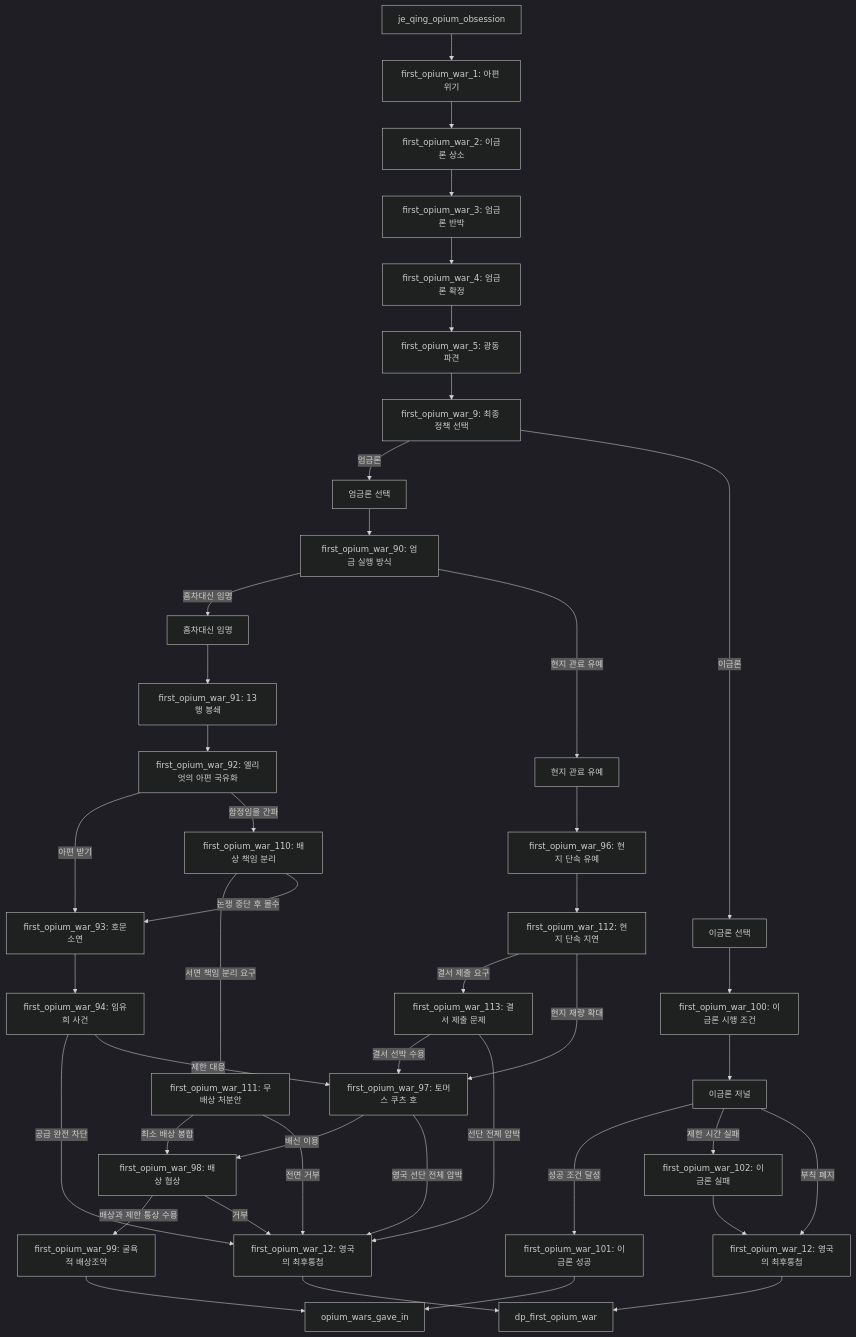
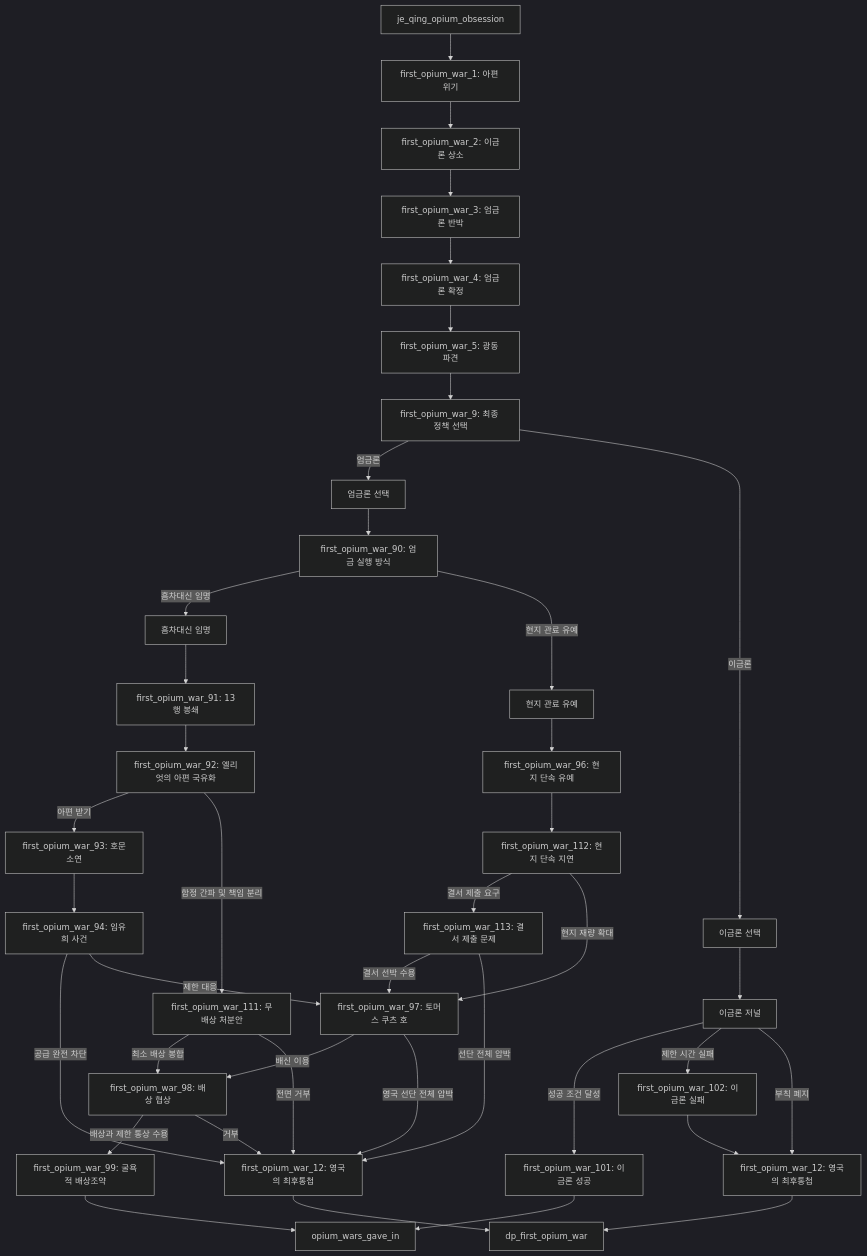
One commit to East-Asia-Flavor-Pack/East-Asia-Flavor-Pack changed the diagram in documentation/first_opium_war_journal_plan.md. Above: the diagram before and after it, drawn with Mermaid (dark theme). The commit also changed other lines of this file and 8 other files, not shown here.

````diff
--- a/documentation/first_opium_war_journal_plan.md
+++ b/documentation/first_opium_war_journal_plan.md
@@ -85,45 +85,42 @@
 ```mermaid
 flowchart TD
     JE["je_qing_opium_obsession"] --> E1["first_opium_war_1: 아편 위기"]
     E1 --> E2["first_opium_war_2: 이금론 상소"]
     E2 --> E3["first_opium_war_3: 엄금론 반박"]
     E3 --> E4["first_opium_war_4: 엄금론 확정"]
     E4 --> E5["first_opium_war_5: 광동 파견"]
     E5 --> E9["first_opium_war_9: 최종 정책 선택"]
     E9 -- "엄금론" --> STRICT["엄금론 선택"]
     E9 -- "이금론" --> LEGAL["이금론 선택"]
     STRICT --> E90["first_opium_war_90: 엄금 실행 방식"]
     E90 -- "흠차대신 임명" --> COMM["흠차대신 임명"]
     E90 -- "현지 관료 유예" --> LOCAL["현지 관료 유예"]
     COMM --> E91["first_opium_war_91: 13행 봉쇄"]
     LOCAL --> E96["first_opium_war_96: 현지 단속 유예"]
     E91 --> E92["first_opium_war_92: 엘리엇의 아편 국유화"]
     E92 -- "아편 받기" --> E93["first_opium_war_93: 호문소연"]
-    E92 -- "함정임을 간파" --> E110["first_opium_war_110: 배상 책임 분리"]
-    E110 -- "서면 책임 분리 요구" --> E111["first_opium_war_111: 무배상 처분안"]
-    E110 -- "논쟁 중단 후 몰수" --> E93
+    E92 -- "함정 간파 및 책임 분리" --> E111["first_opium_war_111: 무배상 처분안"]
     E111 -- "최소 배상 봉합" --> E98["first_opium_war_98: 배상 협상"]
     E111 -- "전면 거부" --> ULT2["first_opium_war_12: 영국의 최후통첩"]
     E93 --> E94["first_opium_war_94: 임유희 사건"]
     E96 --> E112["first_opium_war_112: 현지 단속 지연"]
     E112 -- "결서 제출 요구" --> E113["first_opium_war_113: 결서 제출 문제"]
     E112 -- "현지 재량 확대" --> E97["first_opium_war_97: 토머스 쿠츠 호"]
     E113 -- "결서 선박 수용" --> E97
     E113 -- "선단 전체 압박" --> ULT2
     E94 -- "공급 완전 차단" --> ULT2
     E94 -- "제한 대응" --> E97
     E97 -- "배신 이용" --> E98
     E97 -- "영국 선단 전체 압박" --> ULT2
     E98 -- "배상과 제한 통상 수용" --> TREATY["first_opium_war_99: 굴욕적 배상조약"]
     E98 -- "거부" --> ULT2
     TREATY --> GIVEIN["opium_wars_gave_in"]
     ULT2 --> DP["dp_first_opium_war"]
-    LEGAL --> E100["first_opium_war_100: 이금론 시행 조건"]
-    E100 --> LJE["이금론 저널"]
+    LEGAL --> LJE["이금론 저널"]
     LJE -- "성공 조건 달성" --> E101["first_opium_war_101: 이금론 성공"]
     LJE -- "제한 시간 실패" --> E102["first_opium_war_102: 이금론 실패"]
     LJE -- "부칙 폐지" --> ULT["first_opium_war_12: 영국의 최후통첩"]
     E101 --> GIVEIN
     E102 --> ULT
     ULT --> DP
 ```
````
